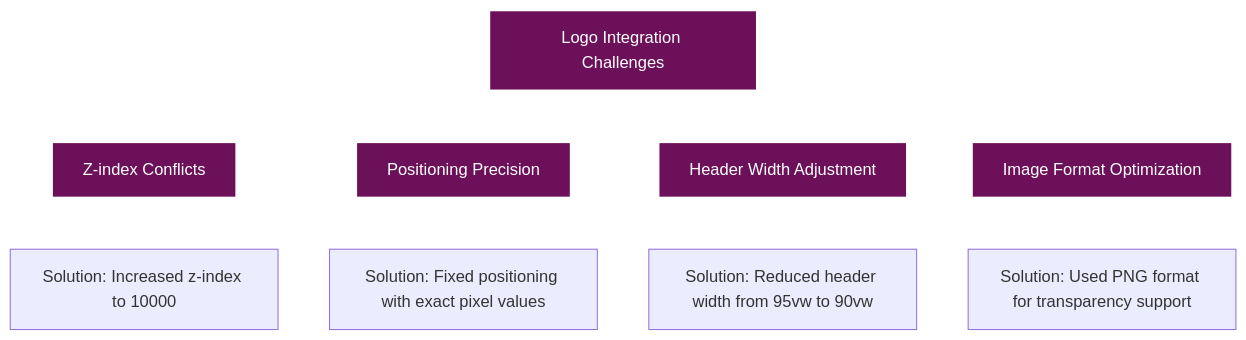
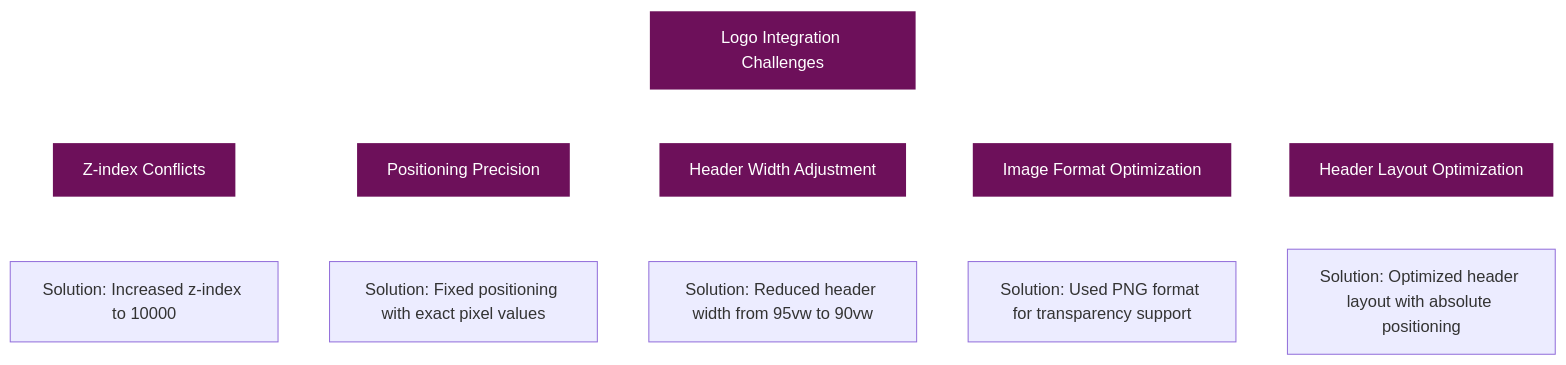
One commit to radicalkjax/blog changed diagram 12 of 13 in MIGRATION_DOCUMENTATION.md. Above: the diagram before and after it, drawn with Mermaid. The commit also changed other lines of this file and 1 other file, not shown here.

````diff
--- a/MIGRATION_DOCUMENTATION.md
+++ b/MIGRATION_DOCUMENTATION.md
@@ -1392,20 +1392,23 @@
 ```mermaid
 graph TD
     A[Logo Integration Challenges] --> B[Z-index Conflicts]
     A --> C[Positioning Precision]
     A --> D[Header Width Adjustment]
     A --> E[Image Format Optimization]
+    A --> F[Header Layout Optimization]
     
     B --> B1[Solution: Increased z-index to 10000]
     C --> C1[Solution: Fixed positioning with exact pixel values]
     D --> D1[Solution: Reduced header width from 95vw to 90vw]
     E --> E1[Solution: Used PNG format for transparency support]
+    F --> F1[Solution: Optimized header layout with absolute positioning]
     
     style A fill:#6d105a,stroke:#fff,stroke-width:2px,color:#fff
     style B fill:#6d105a,stroke:#fff,stroke-width:2px,color:#fff
     style C fill:#6d105a,stroke:#fff,stroke-width:2px,color:#fff
     style D fill:#6d105a,stroke:#fff,stroke-width:2px,color:#fff
     style E fill:#6d105a,stroke:#fff,stroke-width:2px,color:#fff
+    style F fill:#6d105a,stroke:#fff,stroke-width:2px,color:#fff
     
-    linkStyle 0,1,2,3,4,5,6,7 stroke:#fff,stroke-width:2px;
+    linkStyle 0,1,2,3,4,5,6,7,8,9 stroke:#fff,stroke-width:2px;
 ```
````
